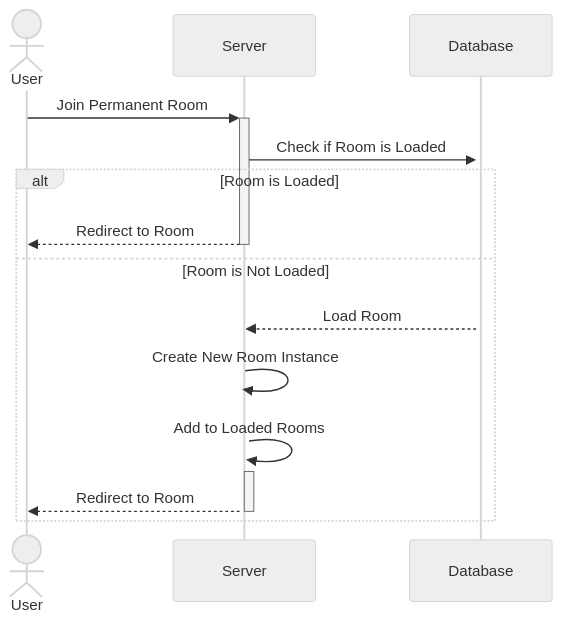
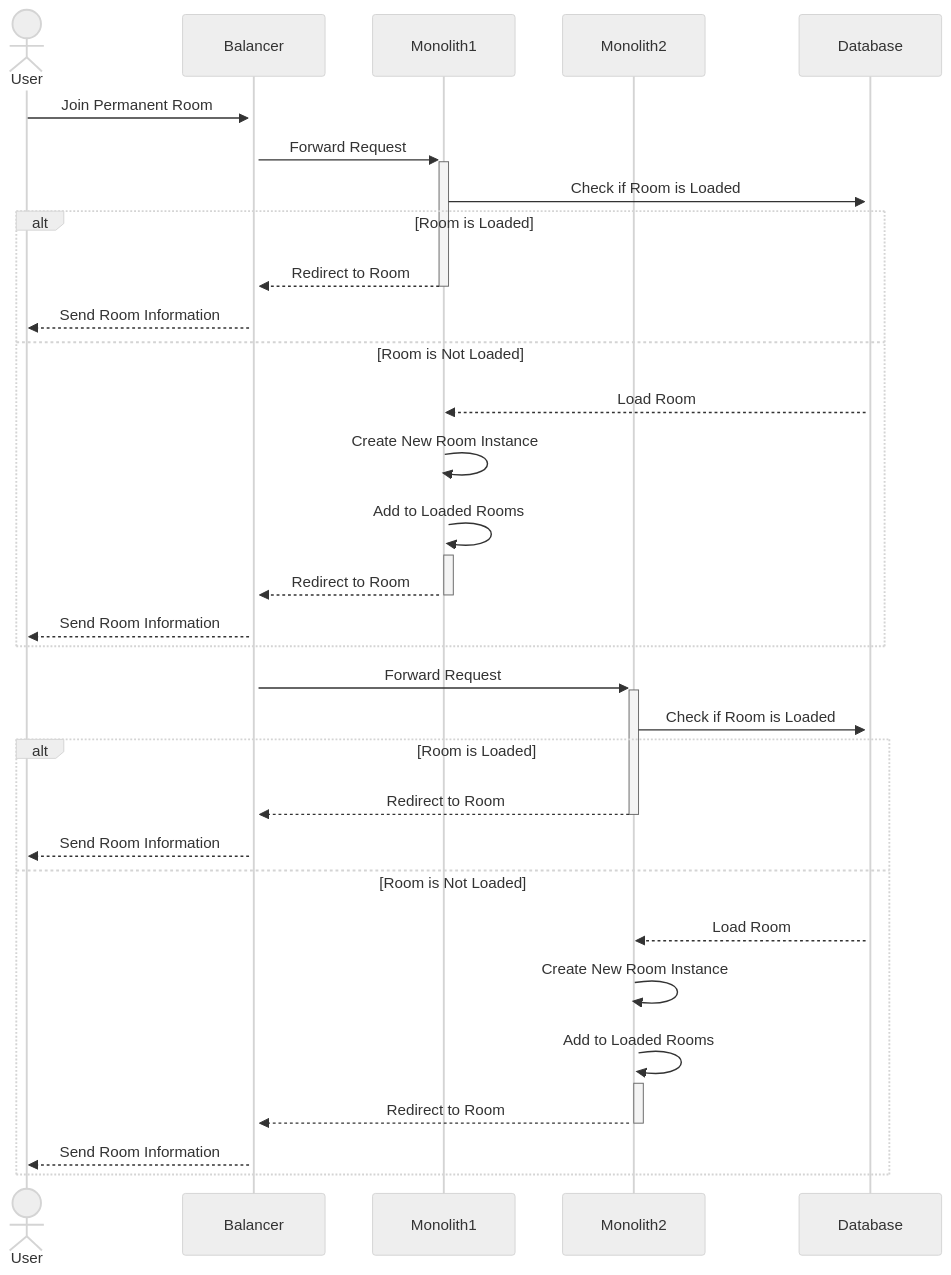
Before and after one commit to dyc3/ssw345-group-assignments: the diagram in final-project/Figures/unloaded-room.mmd, drawn with Mermaid (neutral theme).

Commit message:
update diagram

```diff
--- a/final-project/Figures/unloaded-room.mmd
+++ b/final-project/Figures/unloaded-room.mmd
@@ -1,15 +1,32 @@
 sequenceDiagram
     actor User
-    participant Server
+    participant Balancer
+    participant Monolith1 as Monolith1
+    participant Monolith2 as Monolith2
     participant Database
-    
-    User->>+Server: Join Permanent Room
-    Server->>+Database: Check if Room is Loaded
+
+    User->>+Balancer: Join Permanent Room
+    Balancer->>+Monolith1: Forward Request
+    Monolith1->>+Database: Check if Room is Loaded
     alt Room is Loaded
-        Server-->>-User: Redirect to Room
+        Monolith1-->>-Balancer: Redirect to Room
+        Balancer-->>User: Send Room Information
     else Room is Not Loaded
-        Database-->>Server: Load Room
-        Server->>+Server: Create New Room Instance
-        Server->>+Server: Add to Loaded Rooms
-        Server-->>-User: Redirect to Room
+        Database-->>Monolith1: Load Room
+        Monolith1->>+Monolith1: Create New Room Instance
+        Monolith1->>+Monolith1: Add to Loaded Rooms
+        Monolith1-->>-Balancer: Redirect to Room
+        Balancer-->>User: Send Room Information
     end
+    Balancer->>+Monolith2: Forward Request
+    Monolith2->>+Database: Check if Room is Loaded
+    alt Room is Loaded
+        Monolith2-->>-Balancer: Redirect to Room
+        Balancer-->>User: Send Room Information
+    else Room is Not Loaded
+        Database-->>Monolith2: Load Room
+        Monolith2->>+Monolith2: Create New Room Instance
+        Monolith2->>+Monolith2: Add to Loaded Rooms
+        Monolith2-->>-Balancer: Redirect to Room
+        Balancer-->>User: Send Room Information
+    end
```
